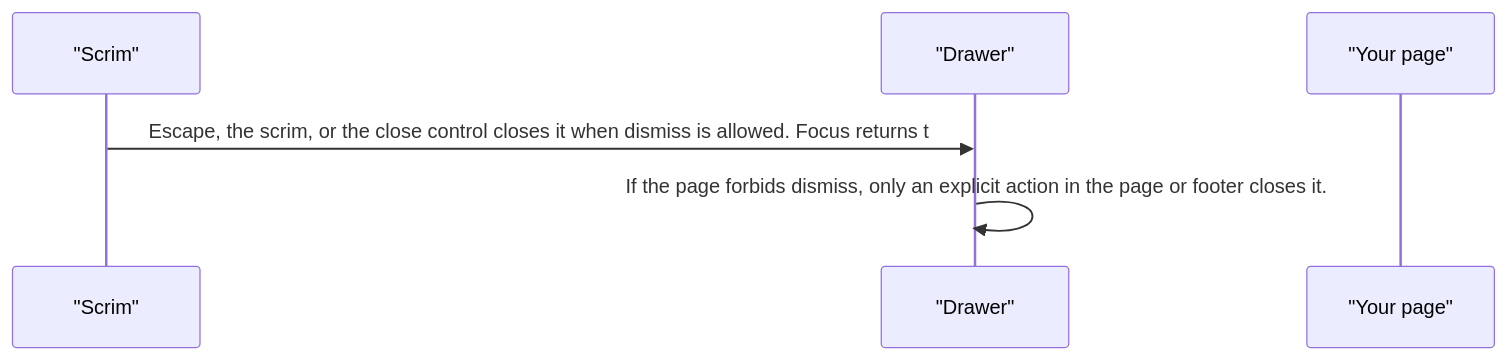
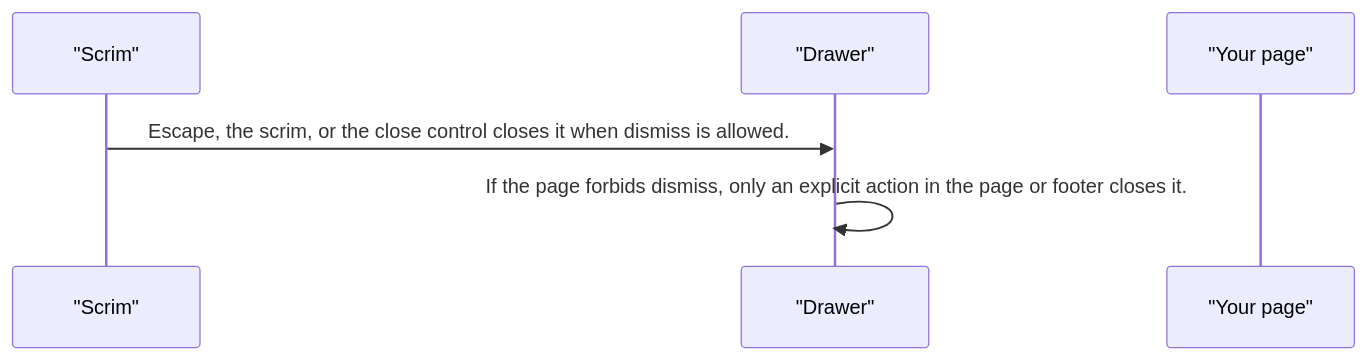
One commit to RajshekharBorate/pixel-ui changed the third of 3 diagrams in projects/pixel-ui/src/lib/pixel-drawer/DESIGN.md. Above: the diagram before and after it, drawn with Mermaid. The commit also changed other lines of this file and 80 other files, not shown here.

Commit message:
Fill missing design flows and correct the stories that did not match component behavior.

````diff
--- a/projects/pixel-ui/src/lib/pixel-drawer/DESIGN.md
+++ b/projects/pixel-ui/src/lib/pixel-drawer/DESIGN.md
@@ -60,8 +60,8 @@
 ```mermaid
 sequenceDiagram
   participant scrim as "Scrim"
   participant drawer as "Drawer"
   participant page as "Your page"
-  scrim->>drawer: Escape, the scrim, or the close control closes it when dismiss is allowed. Focus returns t
+  scrim->>drawer: Escape, the scrim, or the close control closes it when dismiss is allowed.
   drawer->>drawer: If the page forbids dismiss, only an explicit action in the page or footer closes it.
 ```
````
